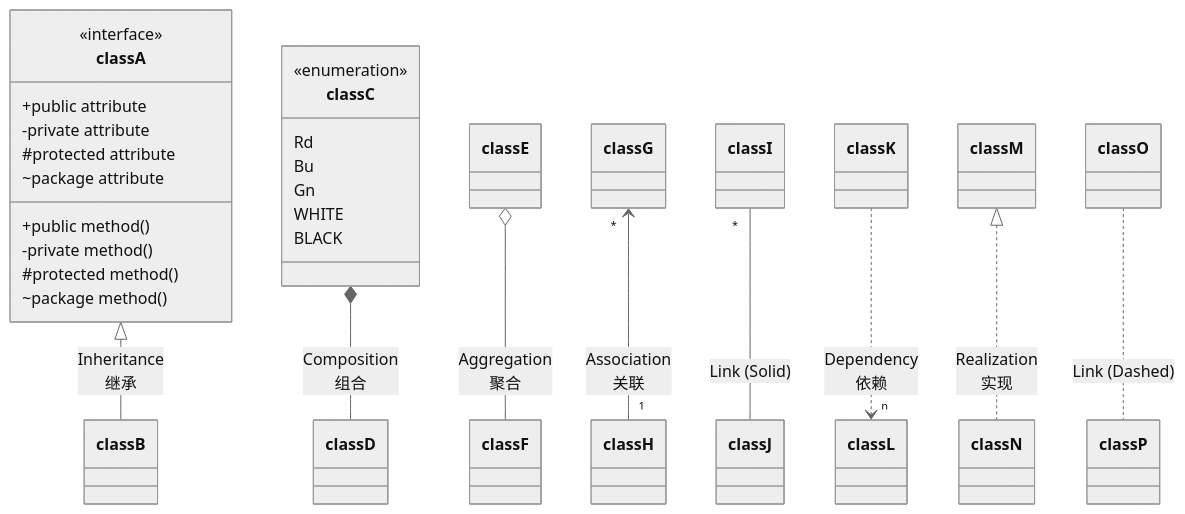
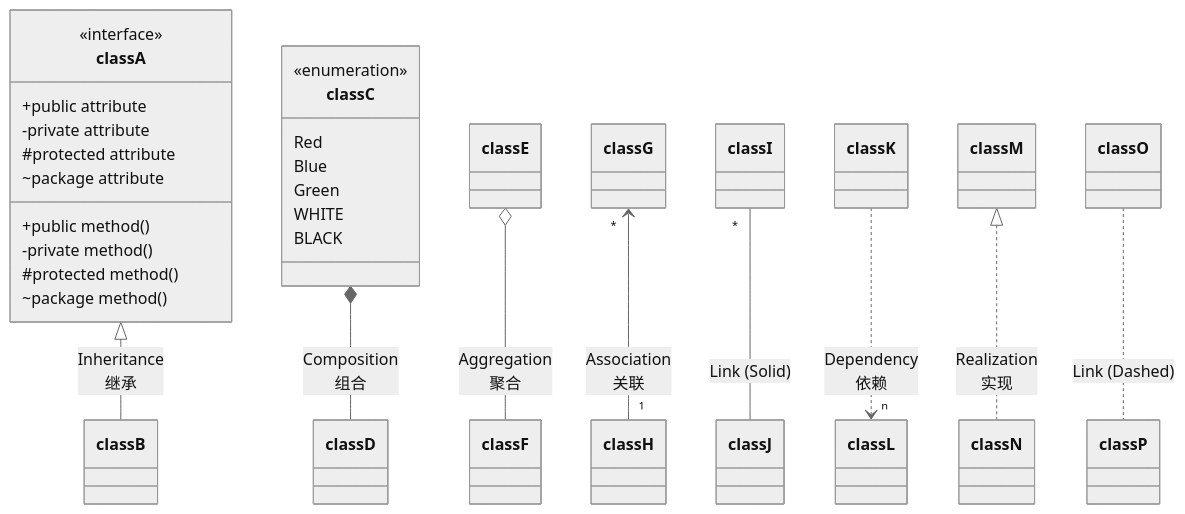
Before and after one commit to MadMaxChow/VLOOK: the ninth of 20 diagrams in released/demo/chart.md, drawn with Mermaid (neutral theme). The commit also changed other lines of this file and 135 other files, not shown here.

````diff
--- a/released/demo/chart.md
+++ b/released/demo/chart.md
@@ -555,32 +555,32 @@
 ```mermaid
 classDiagram
 classA <|-- classB : Inheritance<br>继承
 classC *-- classD : Composition<br>组合
 classE o-- classF : Aggregation<br>聚合
 classG "*" <-- "1" classH : Association<br>关联
 classI "*" -- classJ : Link (Solid)
 classK ..> "n" classL : Dependency<br>依赖
 classM <|.. classN : Realization<br>实现
 classO .. classP : Link (Dashed)
 
 class classA~Class~{
     <<interface>>
     +public attribute
     -private attribute
     #protected attribute
     ~package attribute
     +public method()
     -private method()
     #protected method()
     ~package method()
 }
 
 class classC{
     <<enumeration>>
-    Rd
-    Bu
-    Gn
+    Red
+    Blue
+    Green
     WHITE
     BLACK
 }
 ```
````
